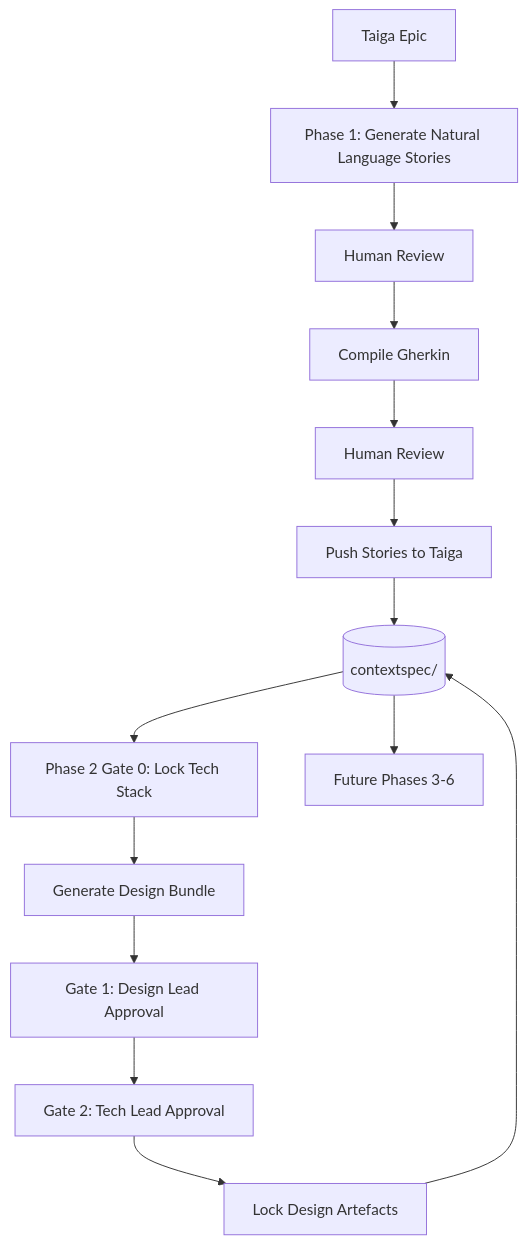
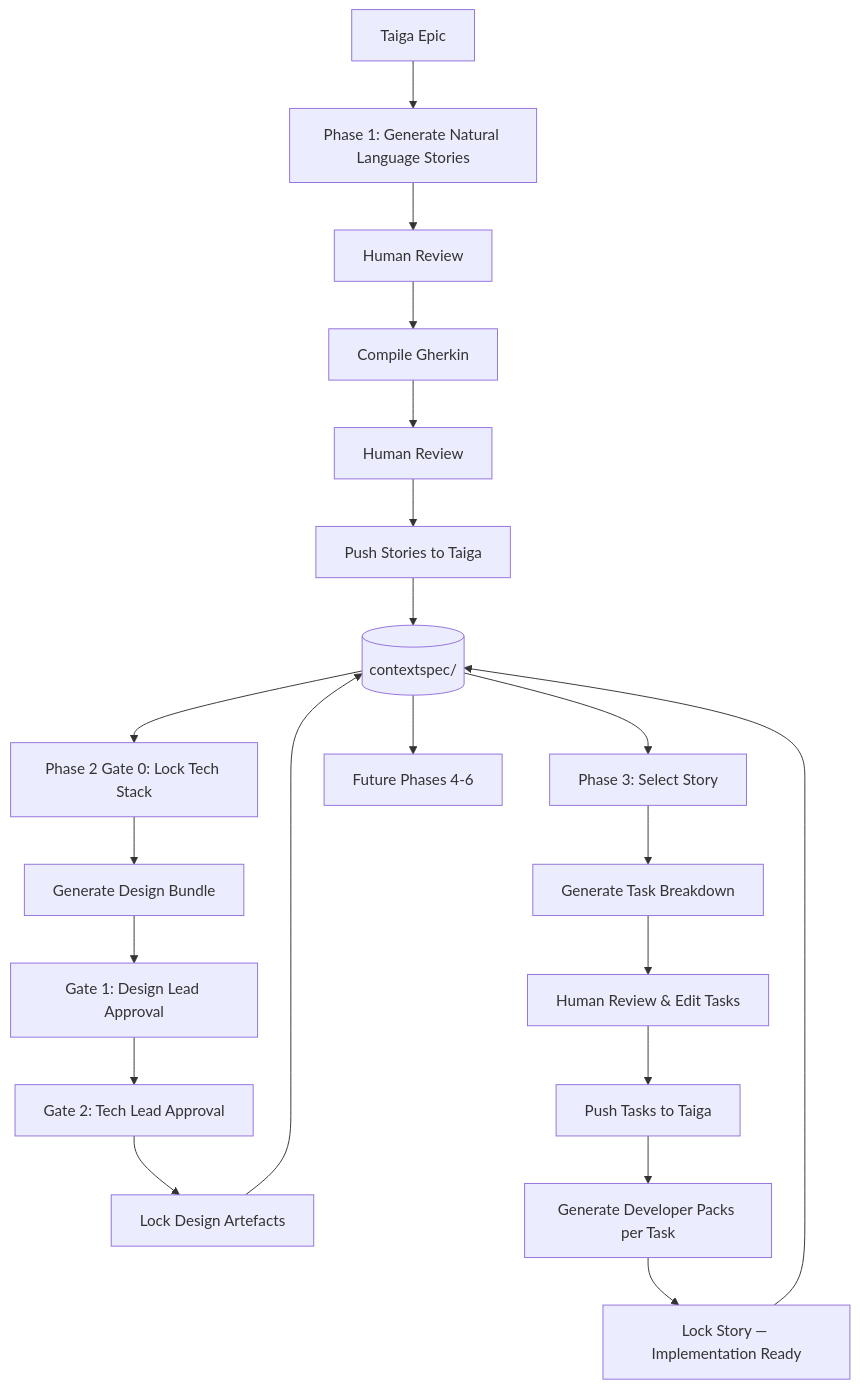
The diagram in README.md (thomastabs/apex), drawn with Mermaid before and after one commit. The commit also changed other lines of this file, not shown here.

Commit message:
docs: update README for Phase 3 implementation

````diff
--- a/README.md
+++ b/README.md
@@ -18,18 +18,26 @@
 ```mermaid
 flowchart TD
     A[Taiga Epic] --> B[Phase 1: Generate Natural Language Stories]
     B --> C[Human Review]
     C --> D[Compile Gherkin]
     D --> E[Human Review]
     E --> F[Push Stories to Taiga]
     F --> G[(contextspec/<project_id>)]
 
     G --> H[Phase 2 Gate 0: Lock Tech Stack]
     H --> I[Generate Design Bundle]
     I --> J[Gate 1: Design Lead Approval]
     J --> K[Gate 2: Tech Lead Approval]
     K --> L[Lock Design Artefacts]
     L --> G
 
-    G --> M[Future Phases 3-6]
+    G --> M[Phase 3: Select Story]
+    M --> N[Generate Task Breakdown]
+    N --> O[Human Review & Edit Tasks]
+    O --> P[Push Tasks to Taiga]
+    P --> Q[Generate Developer Packs per Task]
+    Q --> R[Lock Story — Implementation Ready]
+    R --> G
+
+    G --> S[Future Phases 4-6]
 ```
````
